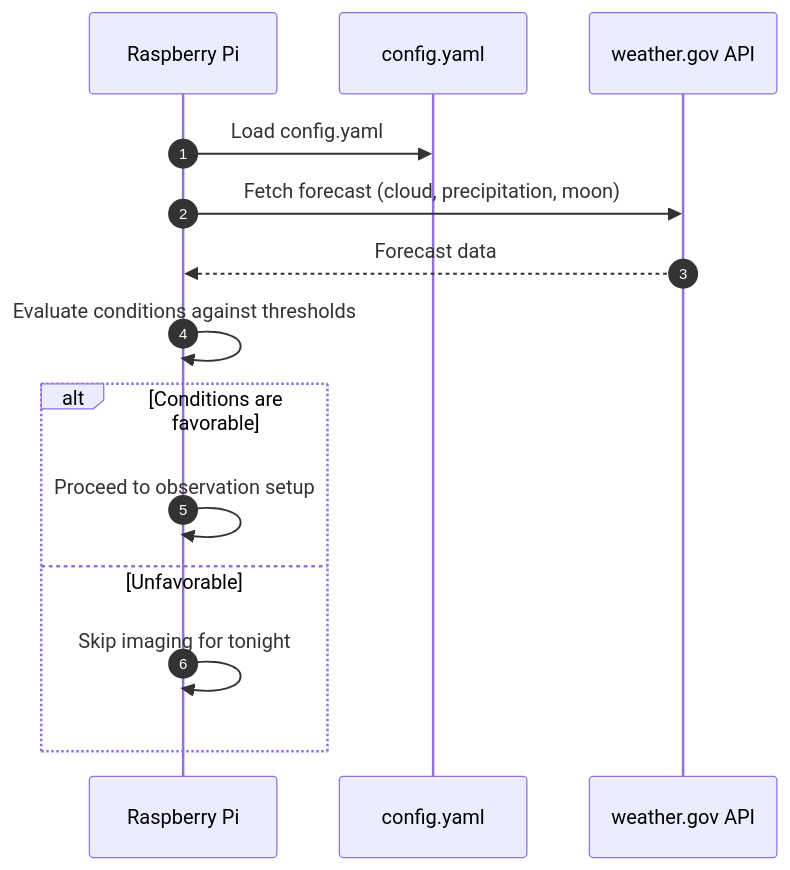
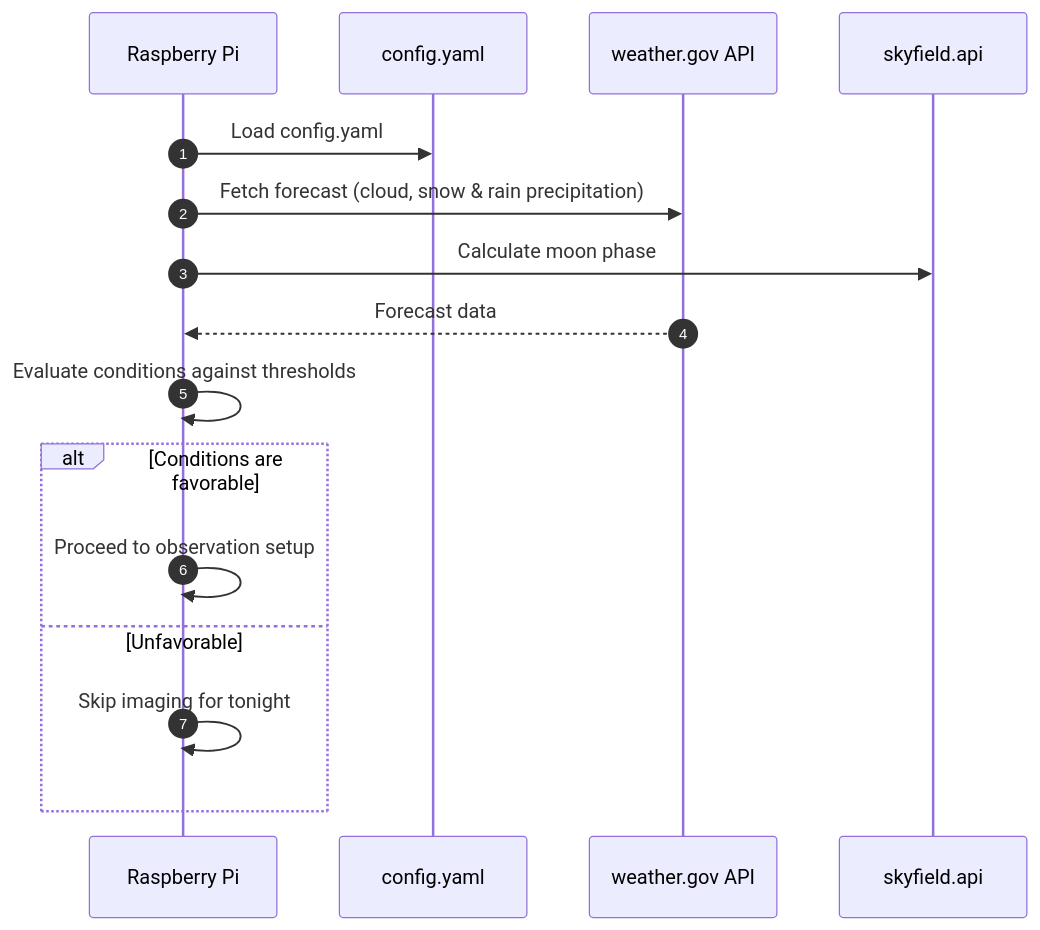
Before and after one commit to Dave-21/UPHDAS: the first of 6 diagrams in docs/UPHDAS_Sequence_Diagrams.md, drawn with Mermaid. The commit also changed other lines of this file, not shown here.

````diff
--- a/docs/UPHDAS_Sequence_Diagrams.md
+++ b/docs/UPHDAS_Sequence_Diagrams.md
@@ -8,17 +8,19 @@
 ```mermaid
 sequenceDiagram
     autonumber
     participant Pi as Raspberry Pi
     participant Config as config.yaml
     participant NOAA as weather.gov API
+    participant Skyfield as skyfield.api
 
     Pi->>Config: Load config.yaml
-    Pi->>NOAA: Fetch forecast (cloud, precipitation, moon)
+    Pi->>NOAA: Fetch forecast (cloud, snow & rain precipitation)
+    Pi->>Skyfield: Calculate moon phase
     NOAA-->>Pi: Forecast data
     Pi->>Pi: Evaluate conditions against thresholds
     alt Conditions are favorable
         Pi->>Pi: Proceed to observation setup
     else Unfavorable
         Pi->>Pi: Skip imaging for tonight
     end
 ```
````
